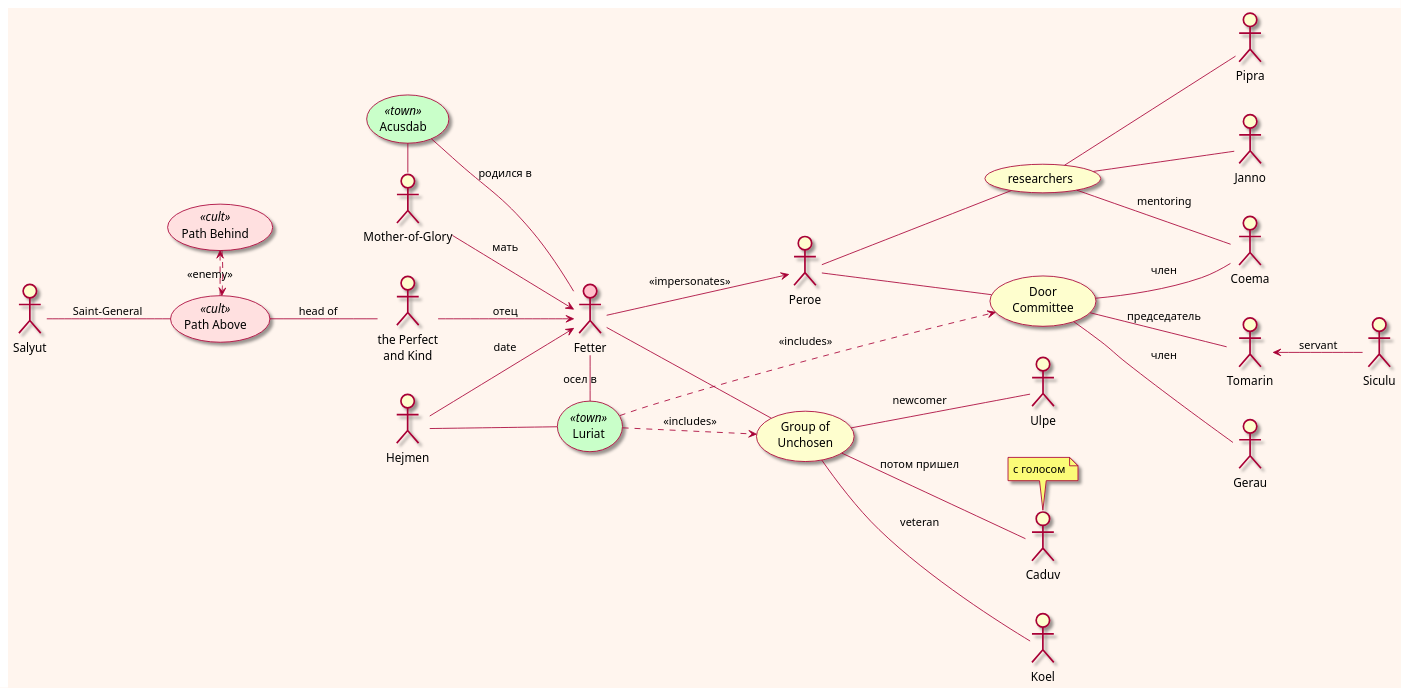
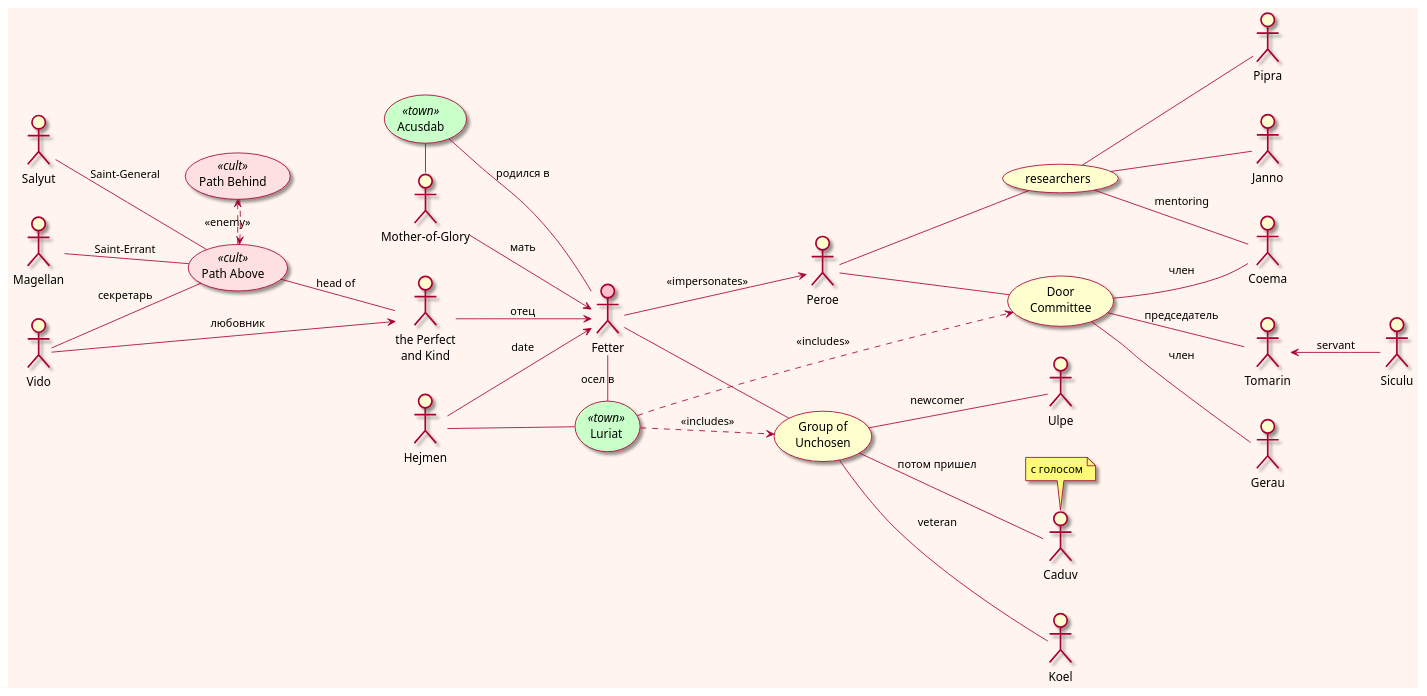
The diagram in The Saint of Bright Doors/The Saint of Bright Doors.puml (olek3/reading), drawn with PlantUML before and after one commit. The commit also changed 1 other file, not shown here.

```diff
--- a/The Saint of Bright Doors/The Saint of Bright Doors.puml
+++ b/The Saint of Bright Doors/The Saint of Bright Doors.puml
@@ -1,94 +1,101 @@
 @startuml
 
 'left to right direction
 skin rose
 skinparam backgroundcolor seashell
 skinparam wrapwidth 100
 left to right direction
 skinparam usecase<<town>>backgroundcolor technology
 skinparam usecase<<cult>>backgroundcolor implementation
 
 ' Chapter 1
 
 :Fetter: as fetter #pink
 
 :Mother-of-Glory: as mother
 
 :the Perfect and Kind: as father
 
 
 mother --> fetter : мать
 father --> fetter : отец
 
 (Acusdab) <<town>>
 
 (Acusdab) - mother
 (Acusdab) - fetter : родился в
 
 ' Chapter 3
 :Hejmen: as hejmen
 
 hejmen --> fetter : date
 
 (Luriat) as luriat <<town>>
 
 hejmen -- luriat
 fetter - luriat : осел в
 
 (Group of Unchosen) as group
 
 fetter -- group
 
 luriat ..> group : <<includes>>
 
 :Koel:
 :Ulpe:
 
 group -- :Koel: : veteran
 group -- :Ulpe: : newcomer
 
 ' Chapter 4
 
 group -- :Caduv: : потом пришел
 
 note "с голосом"  as caduvNote
 caduvNote . :Caduv:
 
 ' Chapter 7
 
 (Path Above) as above <<cult>>
 (Path Behind) as behind <<cult>>
 above .> behind : <<enemy>>
 behind .> above
 
 above -- father : head of
 
 Salyut -- above : Saint-General
 
 
 ' Chapter 8
 :Peroe:
 
 fetter --> :Peroe: : <<impersonates>>
 
 :Peroe: -- (Door Committee )
 
 
 (Door Committee ) -- :Tomarin: : председатель
 :Tomarin: <-- :Siculu: : servant
 
 luriat ...> (Door Committee ) : <<includes>>
 
 (Door Committee ) -- :Gerau: : член
 (Door Committee ) -- :Coema: : член
 
 (researchers) -- :Coema: : mentoring
 (researchers) -- :Pipra:
 
 :Peroe: -- (researchers)
 
 ' Chapter 9
 
 (researchers) -- :Janno:
 
+' Chapter 12
+
+:Magellan: -- above : Saint-Errant
+:Vido: -- above : секретарь
+
+:Vido: --> father : любовник
+
 @enduml
```
